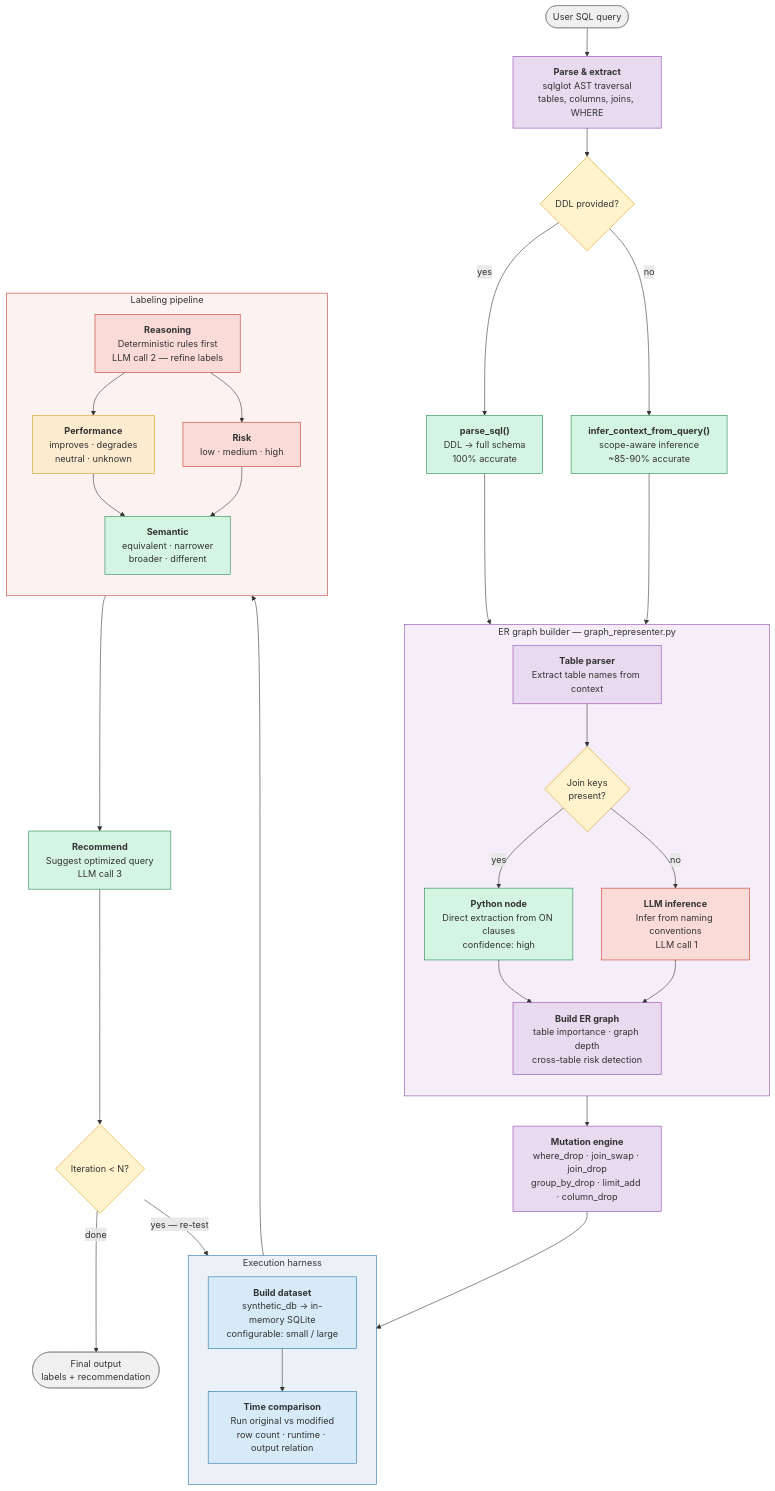
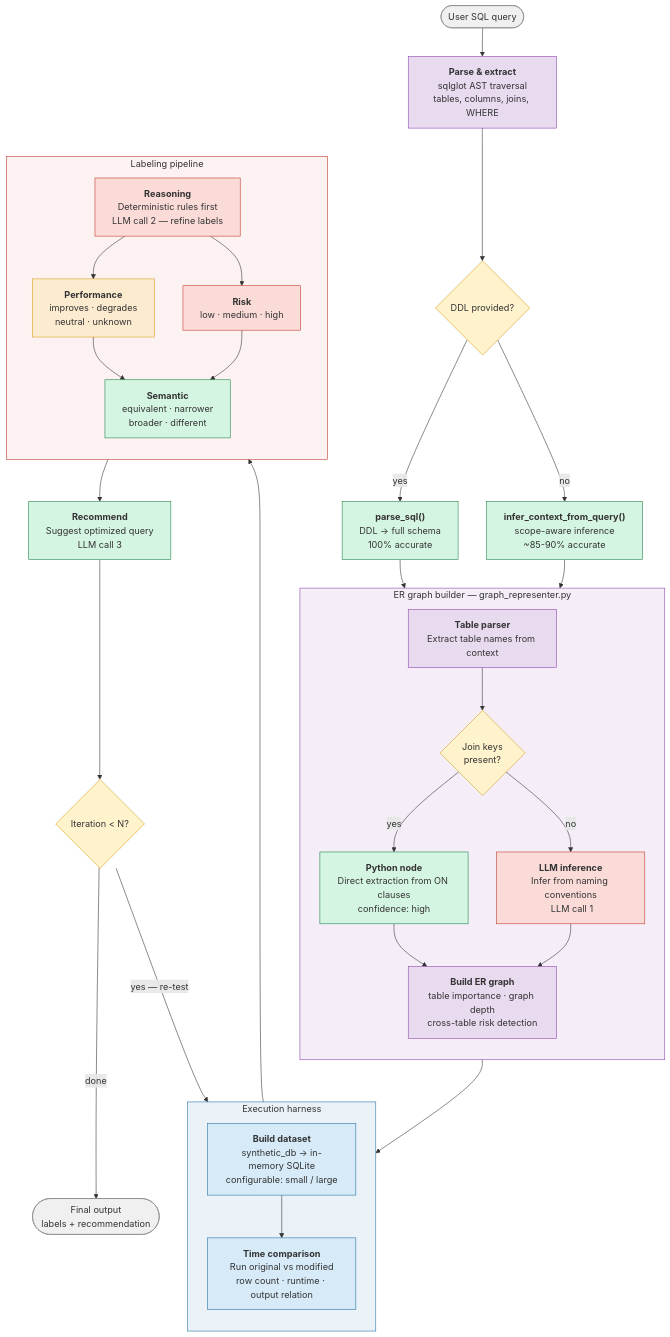
Before and after one commit to FahimIslam731/SQLChange: the diagram in README.md, drawn with Mermaid. The commit also changed other lines of this file, not shown here.

Commit message:
chore: minior readme correctiosn

````diff
--- a/README.md
+++ b/README.md
@@ -5,79 +5,75 @@
 ```mermaid
 flowchart TD
     START([" User SQL query"]) --> PARSE
 
     PARSE["<b>Parse & extract</b><br/>sqlglot AST traversal<br/>tables, columns, joins, WHERE"]
     PARSE --> CONTEXT_CHECK{"DDL provided?"}
 
     CONTEXT_CHECK -->|"yes"| PARSE_SQL["<b>parse_sql()</b><br/>DDL → full schema<br/>100% accurate"]
     CONTEXT_CHECK -->|"no"| INFER["<b>infer_context_from_query()</b><br/>scope-aware inference<br/>~85-90% accurate"]
 
     PARSE_SQL --> TABLE_PARSER
     INFER --> TABLE_PARSER
 
     subgraph ER [" ER graph builder — graph_representer.py"]
         direction TB
         TABLE_PARSER["<b>Table parser</b><br/>Extract table names from context"]
         TABLE_PARSER --> JOIN_CHECK{"Join keys<br/>present?"}
         JOIN_CHECK -->|"yes"| PYTHON_NODE["<b>Python node</b><br/>Direct extraction from ON clauses<br/>confidence: high"]
         JOIN_CHECK -->|"no"| LLM_INFER["<b>LLM inference</b><br/>Infer from naming conventions<br/> LLM call 1"]
         PYTHON_NODE --> BUILD_ER["<b>Build ER graph</b><br/>table importance · graph depth<br/>cross-table risk detection"]
         LLM_INFER --> BUILD_ER
     end
 
-    BUILD_ER --> MUTATE
-
-    MUTATE["<b>Mutation engine</b><br/>where_drop · join_swap · join_drop<br/>group_by_drop · limit_add · column_drop"]
-    MUTATE --> BUILD_DATASET
+    BUILD_ER --> BUILD_DATASET
 
     subgraph EXEC ["Execution harness"]
         direction TB
         BUILD_DATASET["<b>Build dataset</b><br/>synthetic_db → in-memory SQLite<br/>configurable: small / large"]
         BUILD_DATASET --> TIME_COMP["<b>Time comparison</b><br/>Run original vs modified<br/>row count · runtime · output relation"]
     end
 
     TIME_COMP --> REASONING
 
     subgraph LABEL ["Labeling pipeline"]
         direction TB
         REASONING["<b>Reasoning</b><br/>Deterministic rules first<br/> LLM call 2 — refine labels"]
         REASONING --> PERF & RISK
         PERF["<b>Performance</b><br/>improves · degrades<br/>neutral · unknown"]
         RISK["<b>Risk</b><br/>low · medium · high"]
         PERF --> SEMANTIC
         RISK --> SEMANTIC
         SEMANTIC["<b>Semantic</b><br/>equivalent · narrower<br/>broader · different"]
     end
 
     SEMANTIC --> RECOMMEND
 
     RECOMMEND["<b>Recommend</b><br/>Suggest optimized query<br/> LLM call 3"]
     RECOMMEND --> LOOP_CHECK{"Iteration < N?"}
 
     LOOP_CHECK -->|"yes — re-test"| BUILD_DATASET
     LOOP_CHECK -->|"done"| FINAL_OUTPUT([" Final output<br/>labels + recommendation"])
 
     style START fill:#f0f0f0,stroke:#888,color:#333
     style FINAL_OUTPUT fill:#f0f0f0,stroke:#888,color:#333
     style CONTEXT_CHECK fill:#fff3cd,stroke:#d4a017,color:#333
     style JOIN_CHECK fill:#fff3cd,stroke:#d4a017,color:#333
     style LOOP_CHECK fill:#fff3cd,stroke:#d4a017,color:#333
     style PARSE fill:#e8daef,stroke:#8e44ad,color:#333
     style PARSE_SQL fill:#d5f5e3,stroke:#1e8449,color:#333
     style INFER fill:#d5f5e3,stroke:#1e8449,color:#333
     style TABLE_PARSER fill:#e8daef,stroke:#8e44ad,color:#333
     style PYTHON_NODE fill:#d5f5e3,stroke:#1e8449,color:#333
     style LLM_INFER fill:#fadbd8,stroke:#c0392b,color:#333
     style BUILD_ER fill:#e8daef,stroke:#8e44ad,color:#333
-    style MUTATE fill:#e8daef,stroke:#8e44ad,color:#333
     style BUILD_DATASET fill:#d6eaf8,stroke:#2471a3,color:#333
     style TIME_COMP fill:#d6eaf8,stroke:#2471a3,color:#333
     style REASONING fill:#fadbd8,stroke:#c0392b,color:#333
     style PERF fill:#fdebd0,stroke:#d4a017,color:#333
     style RISK fill:#fadbd8,stroke:#c0392b,color:#333
     style SEMANTIC fill:#d5f5e3,stroke:#1e8449,color:#333
     style RECOMMEND fill:#d5f5e3,stroke:#1e8449,color:#333
     style ER fill:#f5eef8,stroke:#8e44ad,color:#333
     style EXEC fill:#eaf2f8,stroke:#2471a3,color:#333
     style LABEL fill:#fdf2f2,stroke:#c0392b,color:#333
 ```
````
